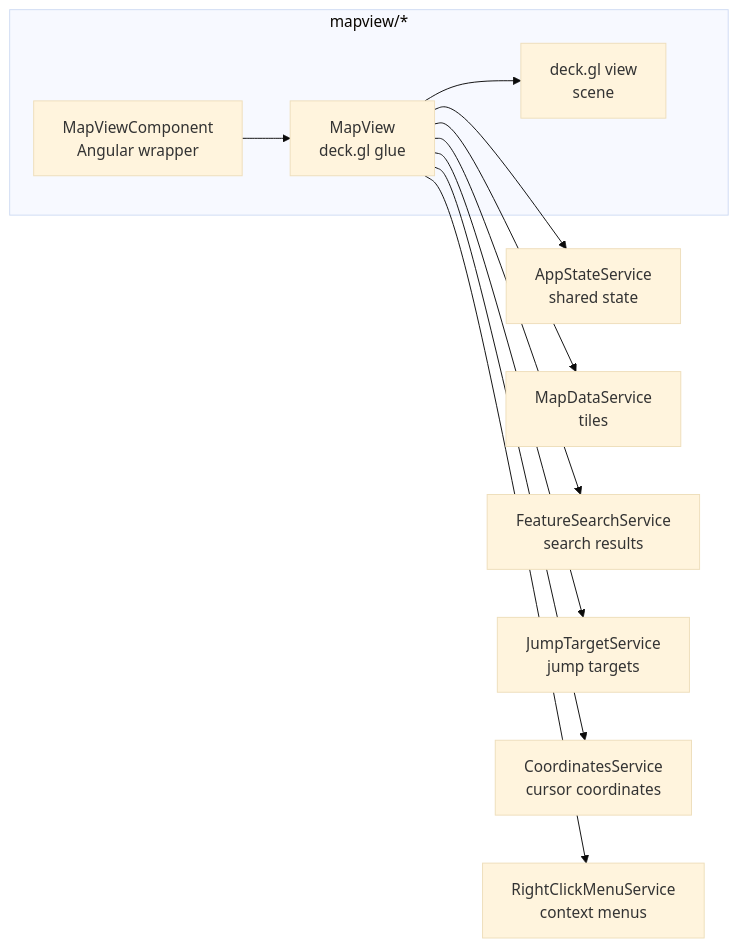
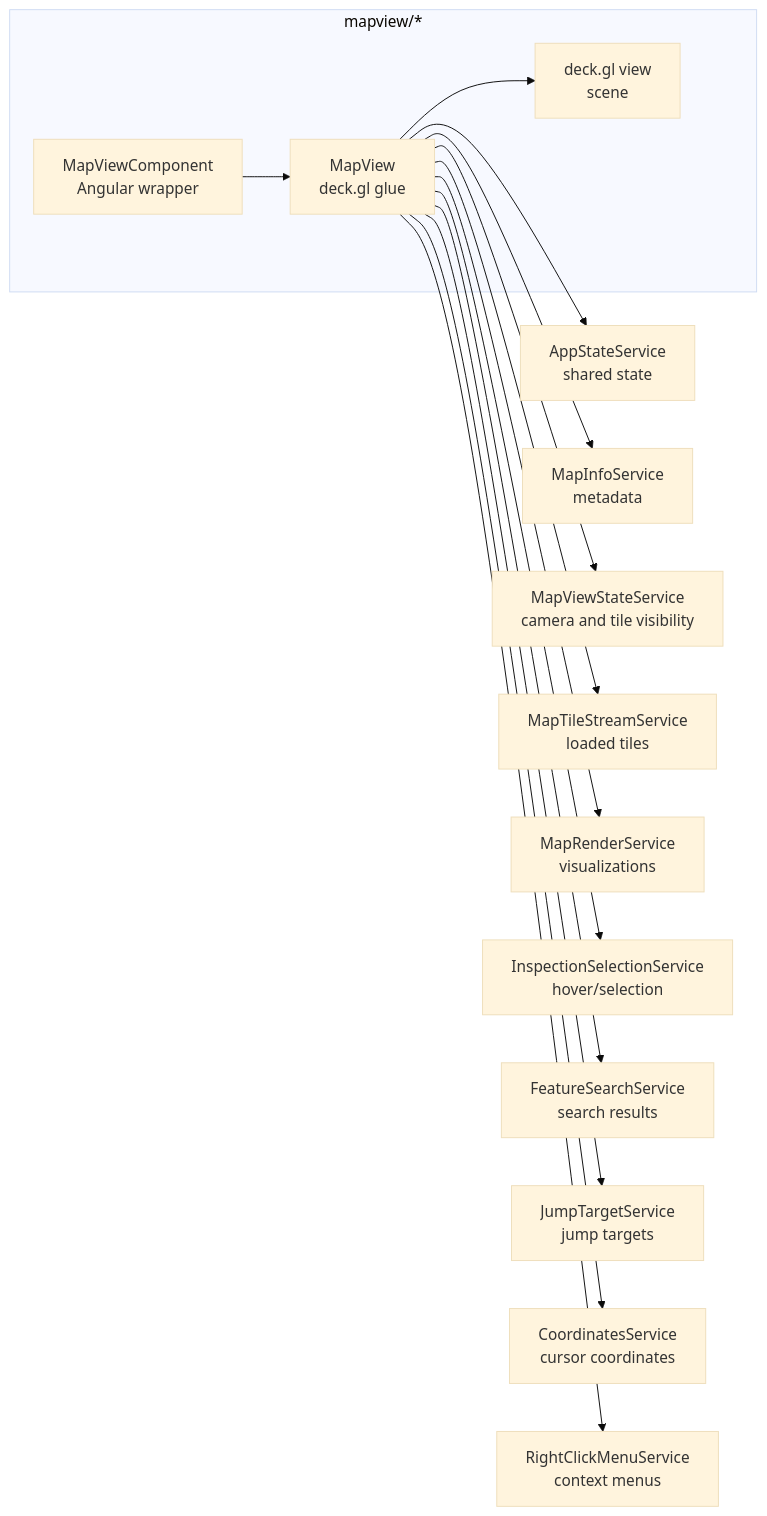
The third of 10 diagrams in docs/erdblick-dev-guide.md (ndsev/erdblick), drawn with Mermaid (base theme) before and after one commit. The commit also changed other lines of this file and 43 other files, not shown here.

Commit message:
Split up the MapDataService

````diff
--- a/docs/erdblick-dev-guide.md
+++ b/docs/erdblick-dev-guide.md
@@ -210,24 +265,32 @@
 ```mermaid
 flowchart LR
   subgraph mapview_dir[mapview/*]
     MapViewComp[MapViewComponent<br>Angular wrapper]
     MapViewModel[MapView<br>deck.gl glue]
     deck.glViewer[deck.gl view<br>scene]
   end
   State[AppStateService<br>shared state]
-  MapSvc[MapDataService<br>tiles]
+  MapInfo[MapInfoService<br>metadata]
+  ViewState[MapViewStateService<br>camera and tile visibility]
+  TileStream[MapTileStreamService<br>loaded tiles]
+  RenderSvc[MapRenderService<br>visualizations]
+  InspectionSelection[InspectionSelectionService<br>hover/selection]
   SearchSvc[FeatureSearchService<br>search results]
   JumpSvc[JumpTargetService<br>jump targets]
   CoordSvc[CoordinatesService<br>cursor coordinates]
   MenuSvc[RightClickMenuService<br>context menus]
 
   MapViewComp --> MapViewModel
   MapViewModel --> deck.glViewer
 
   MapViewModel --> State
-  MapViewModel --> MapSvc
+  MapViewModel --> MapInfo
+  MapViewModel --> ViewState
+  MapViewModel --> TileStream
+  MapViewModel --> RenderSvc
+  MapViewModel --> InspectionSelection
   MapViewModel --> SearchSvc
   MapViewModel --> JumpSvc
   MapViewModel --> CoordSvc
   MapViewModel --> MenuSvc
 ```
````
